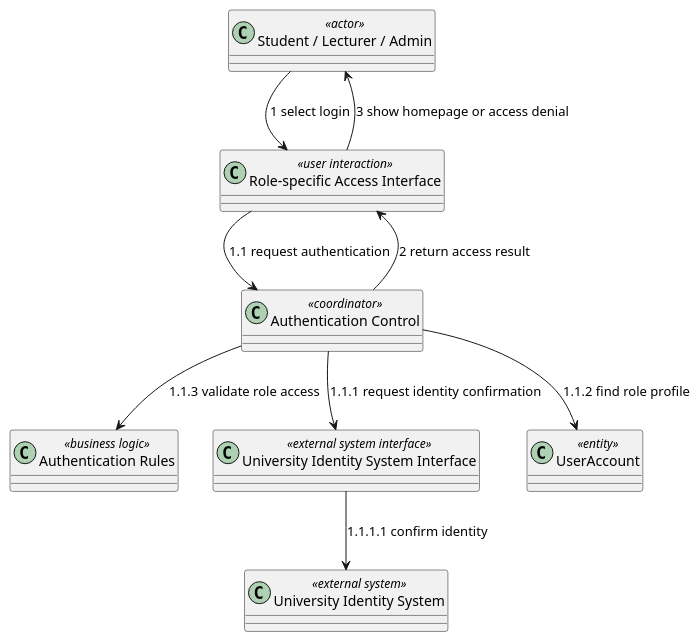
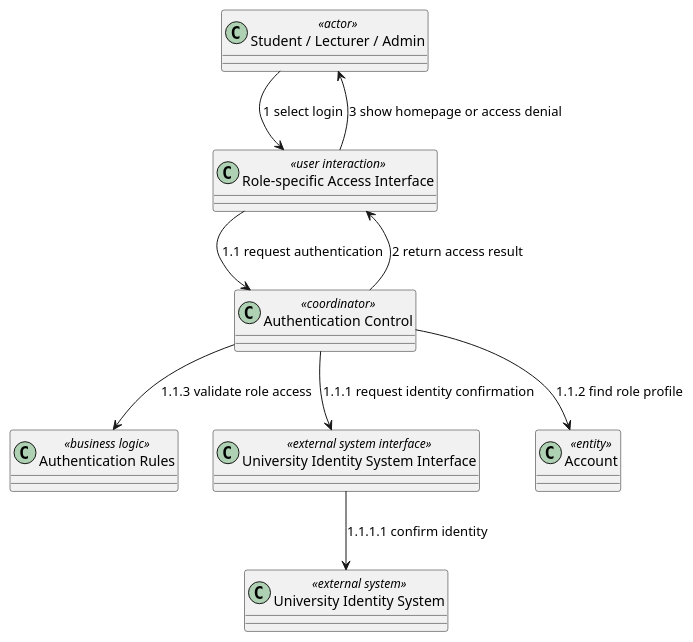
One commit to nttung42/SWD392 changed the eighth of 29 diagrams in docs/sds/2_Analysis.md. Above: the diagram before and after it, drawn with PlantUML. The commit also changed other lines of this file and 2 other files, not shown here.

````diff
--- a/docs/sds/2_Analysis.md
+++ b/docs/sds/2_Analysis.md
@@ -409,20 +417,20 @@
 ```plantuml
 @startuml
 class "Student / Lecturer / Admin" as User <<actor>>
 class "Role-specific Access Interface" as AccessUI <<user interaction>>
 class "Authentication Control" as AuthControl <<coordinator>>
 class "Authentication Rules" as AuthRules <<business logic>>
 class "University Identity System Interface" as UISInterface <<external system interface>>
 class "University Identity System" as UIS <<external system>>
-class "UserAccount" as UserAccount <<entity>>
+class "Account" as Account <<entity>>
 
 User --> AccessUI : 1 select login
 AccessUI --> AuthControl : 1.1 request authentication
 AuthControl --> UISInterface : 1.1.1 request identity confirmation
 UISInterface --> UIS : 1.1.1.1 confirm identity
-AuthControl --> UserAccount : 1.1.2 find role profile
+AuthControl --> Account : 1.1.2 find role profile
 AuthControl --> AuthRules : 1.1.3 validate role access
 AuthControl --> AccessUI : 2 return access result
 AccessUI --> User : 3 show homepage or access denial
 @enduml
 ```
````
